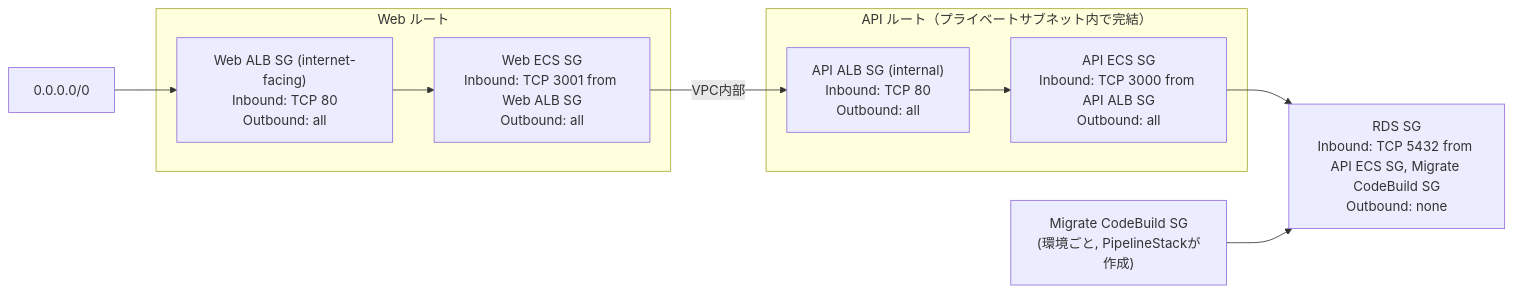
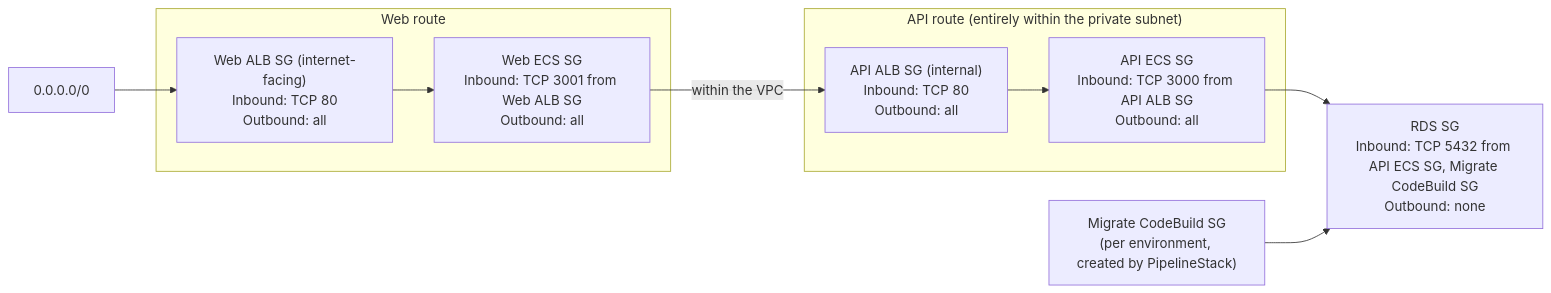
The fourth of 5 diagrams in docs/infra-architecture.md (kenwoo9y/forge-ts), drawn with Mermaid before and after one commit. The commit also changed other lines of this file and 10 other files, not shown here.

````diff
--- a/docs/infra-architecture.md
+++ b/docs/infra-architecture.md
@@ -171,22 +171,22 @@
 ```mermaid
 flowchart LR
     Internet["0.0.0.0/0"]
 
-    subgraph WebRoute["Web ルート"]
+    subgraph WebRoute["Web route"]
         WebALB_SG["Web ALB SG (internet-facing)\nInbound: TCP 80\nOutbound: all"]
         WebECS_SG["Web ECS SG\nInbound: TCP 3001 from Web ALB SG\nOutbound: all"]
     end
 
-    subgraph ApiRoute["API ルート（プライベートサブネット内で完結）"]
+    subgraph ApiRoute["API route (entirely within the private subnet)"]
         ApiALB_SG["API ALB SG (internal)\nInbound: TCP 80\nOutbound: all"]
         ApiECS_SG["API ECS SG\nInbound: TCP 3000 from API ALB SG\nOutbound: all"]
     end
 
-    MigrateSG["Migrate CodeBuild SG\n(環境ごと, PipelineStackが作成)"]
+    MigrateSG["Migrate CodeBuild SG\n(per environment, created by PipelineStack)"]
     RDS_SG["RDS SG\nInbound: TCP 5432 from API ECS SG, Migrate CodeBuild SG\nOutbound: none"]
 
     Internet --> WebALB_SG --> WebECS_SG
-    WebECS_SG -->|"VPC内部"| ApiALB_SG --> ApiECS_SG
+    WebECS_SG -->|"within the VPC"| ApiALB_SG --> ApiECS_SG
     ApiECS_SG --> RDS_SG
     MigrateSG --> RDS_SG
 ```
````
